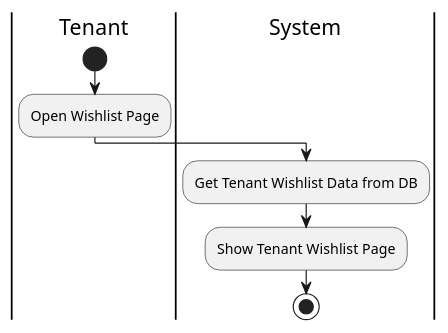
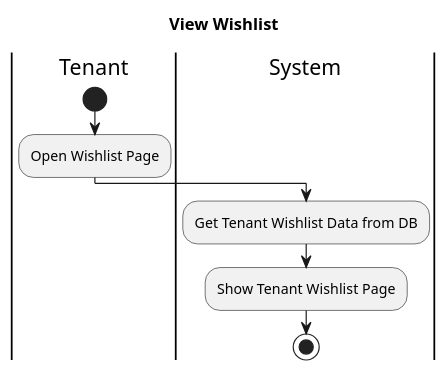
Before and after one commit to AntWort21/BHFMS: the diagram in Design/BHFMS_ACTIVITY/View Wishlist.puml, drawn with PlantUML. The commit also changed 34 other files, not shown here.

Commit message:
added title in sequence and activity diagram based on use case description, separated a few diagram

```diff
--- a/Design/BHFMS_ACTIVITY/View Wishlist.puml
+++ b/Design/BHFMS_ACTIVITY/View Wishlist.puml
@@ -1,12 +1,12 @@
 @startuml
-
+title View Wishlist
 |Tenant|
 start
     :Open Wishlist Page;
 
 |System|
     :Get Tenant Wishlist Data from DB;
     :Show Tenant Wishlist Page;
 stop
 
 @enduml
```
